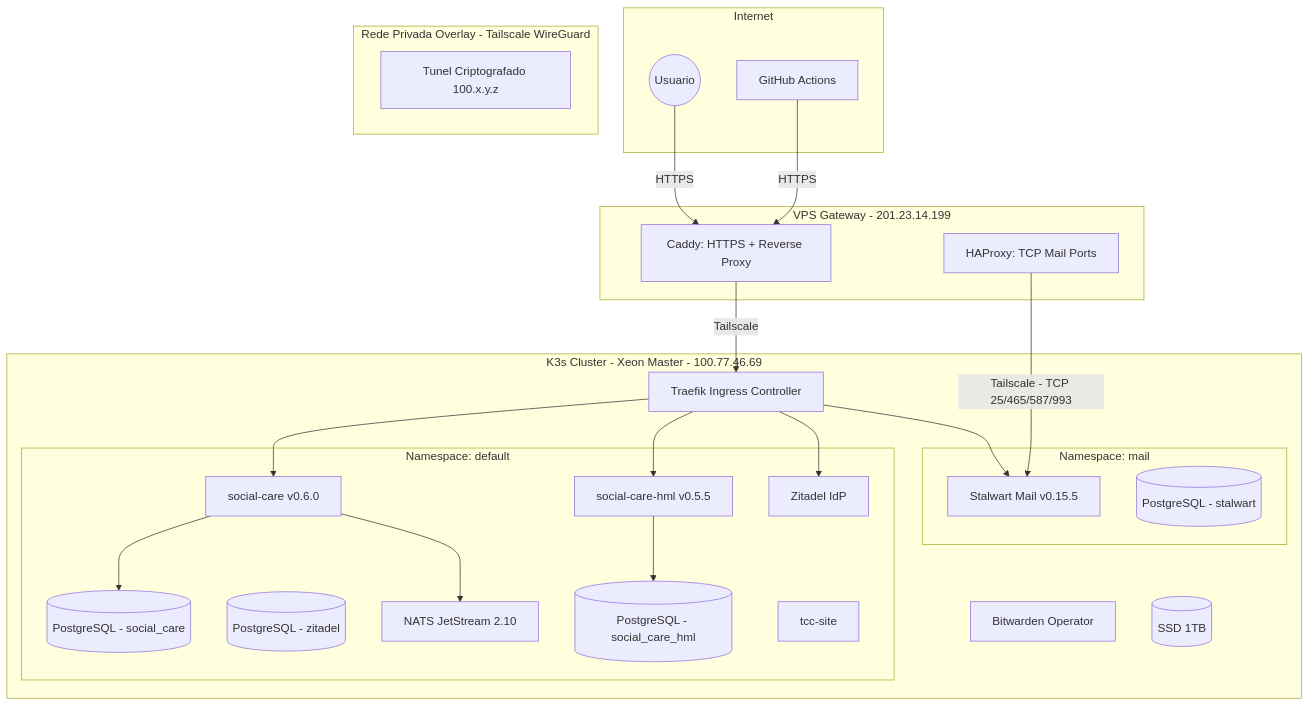
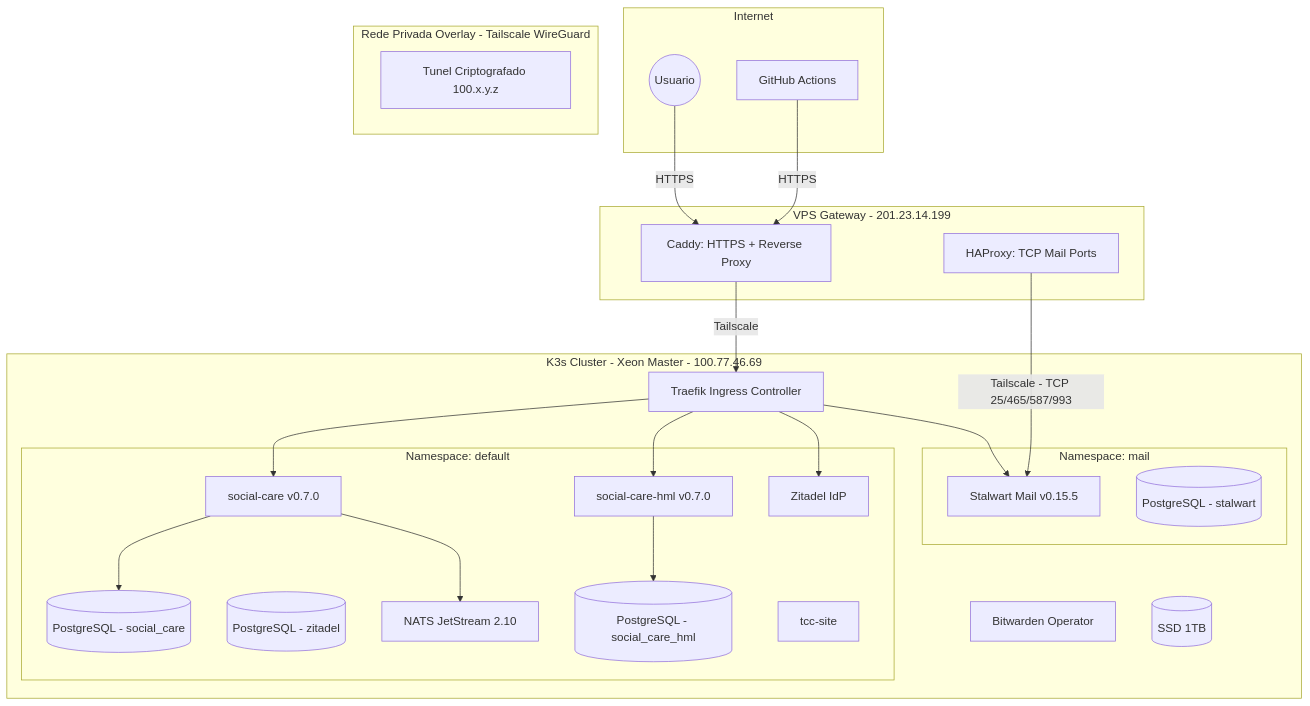
Before and after one commit to acdgbrasil/edge-cloud-infra: the diagram in docs/ARCHITECTURE.md, drawn with Mermaid. The commit also changed other lines of this file and 3 other files, not shown here.

First line of the commit message:
chore: bump social-care to v0.7.0 (prod + hml)

````diff
--- a/docs/ARCHITECTURE.md
+++ b/docs/ARCHITECTURE.md
@@ -11,51 +11,51 @@
 ```mermaid
 graph TD
     subgraph Internet
         User((Usuario))
         CI[GitHub Actions]
     end
 
     subgraph VPS[VPS Gateway - 201.23.14.199]
         Caddy[Caddy: HTTPS + Reverse Proxy]
         HAProxy[HAProxy: TCP Mail Ports]
     end
 
     subgraph Tailnet[Rede Privada Overlay - Tailscale WireGuard]
         T1[Tunel Criptografado 100.x.y.z]
     end
 
     subgraph K3s[K3s Cluster - Xeon Master - 100.77.46.69]
         Traefik[Traefik Ingress Controller]
 
         subgraph Apps[Namespace: default]
-            SC[social-care v0.6.0]
-            SC_HML[social-care-hml v0.5.5]
+            SC[social-care v0.7.0]
+            SC_HML[social-care-hml v0.7.0]
             PG_Main[(PostgreSQL - social_care)]
             PG_Zitadel[(PostgreSQL - zitadel)]
             PG_HML[(PostgreSQL - social_care_hml)]
             NATS[NATS JetStream 2.10]
             Zitadel[Zitadel IdP]
             TCC[tcc-site]
         end
 
         subgraph Mail[Namespace: mail]
             Stalwart[Stalwart Mail v0.15.5]
             PG_Mail[(PostgreSQL - stalwart)]
         end
 
         BW[Bitwarden Operator]
         SSD[(SSD 1TB)]
     end
 
     User -->|HTTPS| Caddy
     CI -->|HTTPS| Caddy
     Caddy -->|Tailscale| Traefik
     HAProxy -->|Tailscale - TCP 25/465/587/993| Stalwart
     Traefik --> SC
     Traefik --> SC_HML
     Traefik --> Zitadel
     Traefik --> Stalwart
     SC --> PG_Main
     SC --> NATS
     SC_HML --> PG_HML
 ```
````
